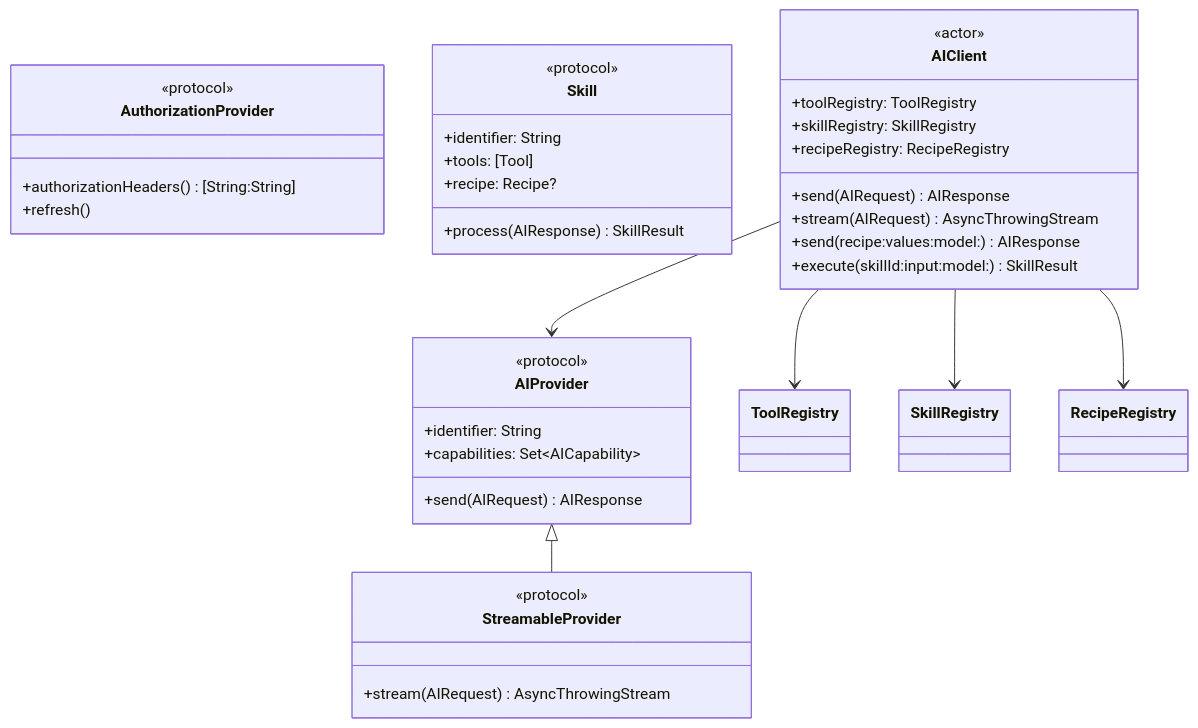
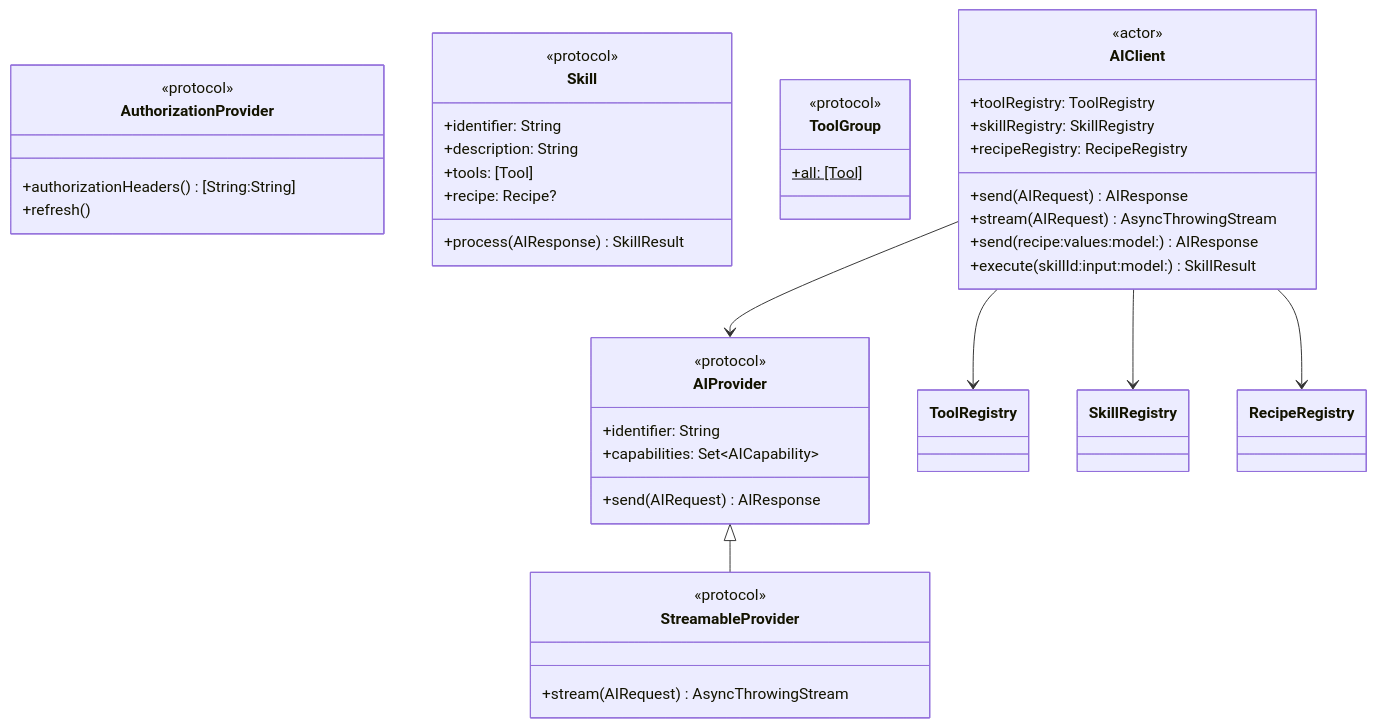
Before and after one commit to molayab/swift-ai-provider-kit: the second of 7 diagrams in Documentation/Architecture.md, drawn with Mermaid. The commit also changed other lines of this file and 7 other files, not shown here.

````diff
--- a/Documentation/Architecture.md
+++ b/Documentation/Architecture.md
@@ -37,45 +65,51 @@
 ```mermaid
 classDiagram
     class AIProvider {
         <<protocol>>
         +identifier: String
         +capabilities: Set~AICapability~
         +send(AIRequest) AIResponse
     }
 
     class StreamableProvider {
         <<protocol>>
         +stream(AIRequest) AsyncThrowingStream
     }
 
     class AuthorizationProvider {
         <<protocol>>
         +authorizationHeaders() [String:String]
         +refresh()
     }
 
     class Skill {
         <<protocol>>
         +identifier: String
+        +description: String
         +tools: [Tool]
         +recipe: Recipe?
         +process(AIResponse) SkillResult
+    }
+
+    class ToolGroup {
+        <<protocol>>
+        +all: [Tool]$
     }
 
     class AIClient {
         <<actor>>
         +toolRegistry: ToolRegistry
         +skillRegistry: SkillRegistry
         +recipeRegistry: RecipeRegistry
         +send(AIRequest) AIResponse
         +stream(AIRequest) AsyncThrowingStream
         +send(recipe:values:model:) AIResponse
         +execute(skillId:input:model:) SkillResult
     }
 
     AIProvider <|-- StreamableProvider
     AIClient --> AIProvider
     AIClient --> ToolRegistry
     AIClient --> SkillRegistry
     AIClient --> RecipeRegistry
 ```
````
